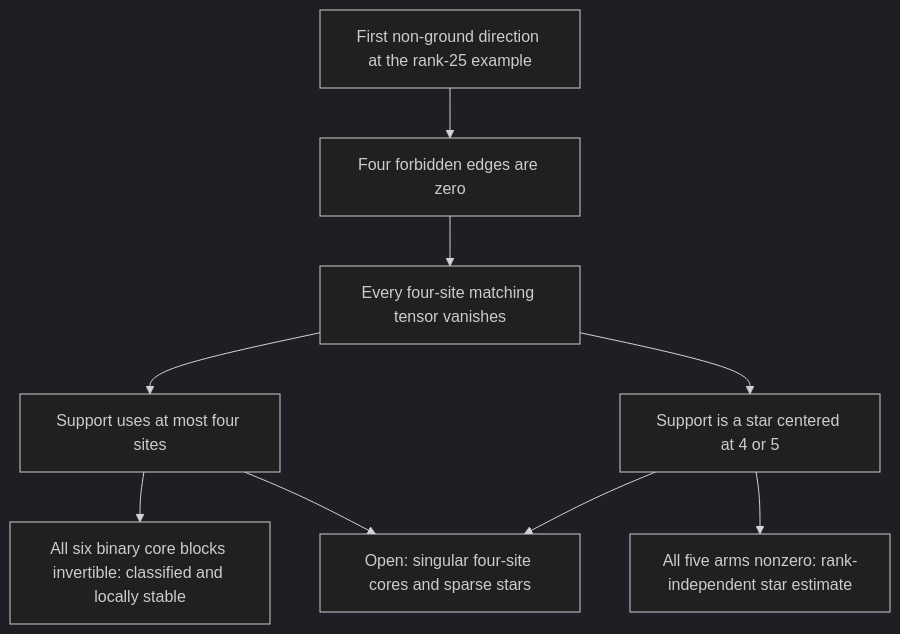
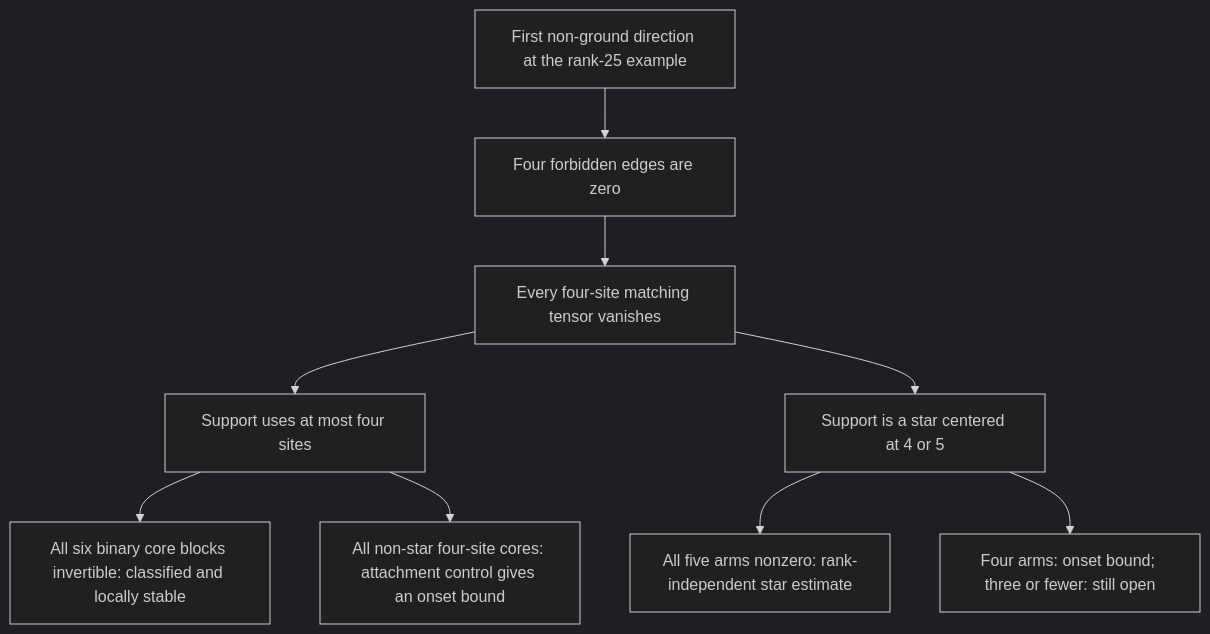
The fourth of 6 diagrams in explainers/CRITICAL-DIRECTION-GEOMETRY.md (rrajasek95/krenn-conjecture), drawn with Mermaid (dark theme) before and after one commit. The commit also changed other lines of this file and 13 other files, not shown here.

Commit message:
Control singular four-site GHZ cores through their attachments

```diff
--- a/explainers/CRITICAL-DIRECTION-GEOMETRY.md
+++ b/explainers/CRITICAL-DIRECTION-GEOMETRY.md
@@ -164,11 +166,11 @@
 ~~~mermaid
 flowchart TD
     A["First non-ground direction at the rank-25 example"] --> B["Four forbidden edges are zero"]
     B --> C["Every four-site matching tensor vanishes"]
     C --> D["Support uses at most four sites"]
     C --> E["Support is a star centered at 4 or 5"]
     D --> F["All six binary core blocks invertible: classified and locally stable"]
     E --> G["All five arms nonzero: rank-independent star estimate"]
-    D --> H["Open: singular four-site cores and sparse stars"]
-    E --> H
+    D --> H["All non-star four-site cores: attachment control gives an onset bound"]
+    E --> I["Four arms: onset bound; three or fewer: still open"]
 ~~~
```
